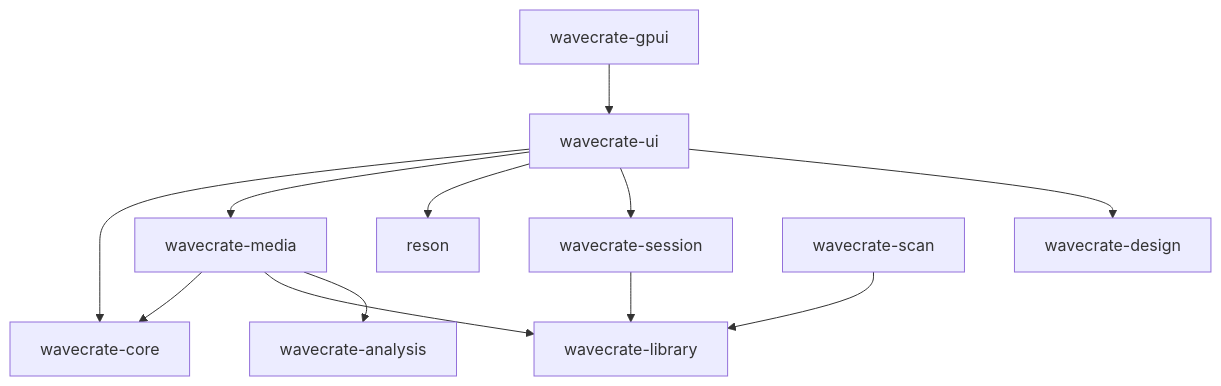
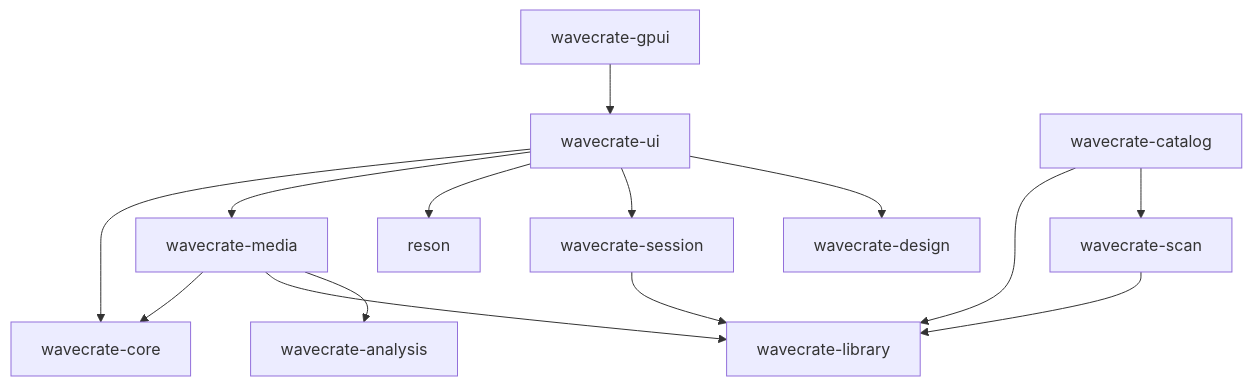
The diagram in docs/GPUI_ARCHITECTURE.md (fromvoid-audio/yield), drawn with Mermaid before and after one commit. The commit also changed other lines of this file and 26 other files, not shown here.

````diff
--- a/docs/GPUI_ARCHITECTURE.md
+++ b/docs/GPUI_ARCHITECTURE.md
@@ -28,14 +29,16 @@
 ```mermaid
 flowchart TD
     Launcher[wavecrate-gpui] --> UI[wavecrate-ui]
     UI --> Core[wavecrate-core]
     UI --> Media[wavecrate-media]
     UI --> Audio[reson]
     UI --> Session[wavecrate-session]
     Media --> Core
     Media --> Library[wavecrate-library]
     Media --> Analysis[wavecrate-analysis]
     UI --> Design[wavecrate-design]
     Session --> Library
+    Catalog[wavecrate-catalog] --> Library
+    Catalog --> Scan
     Scan[wavecrate-scan] --> Library
 ```
````
